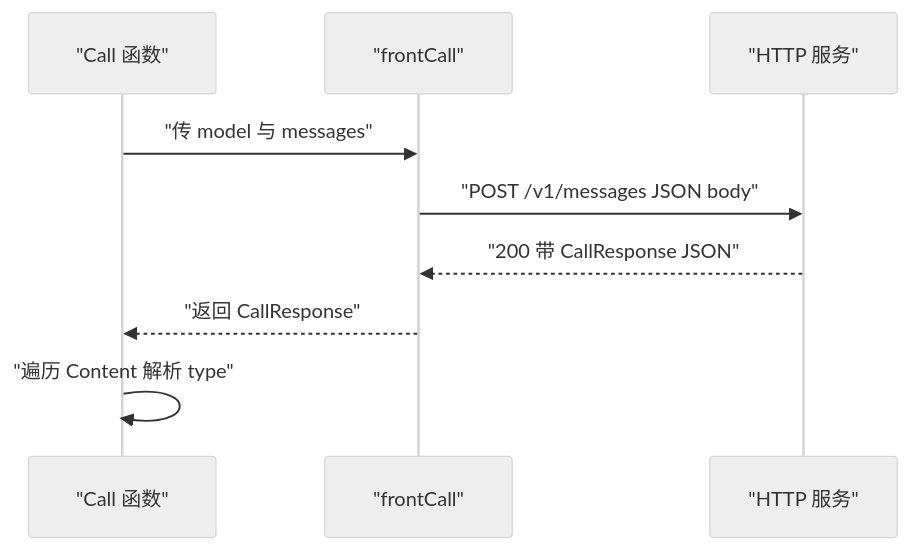
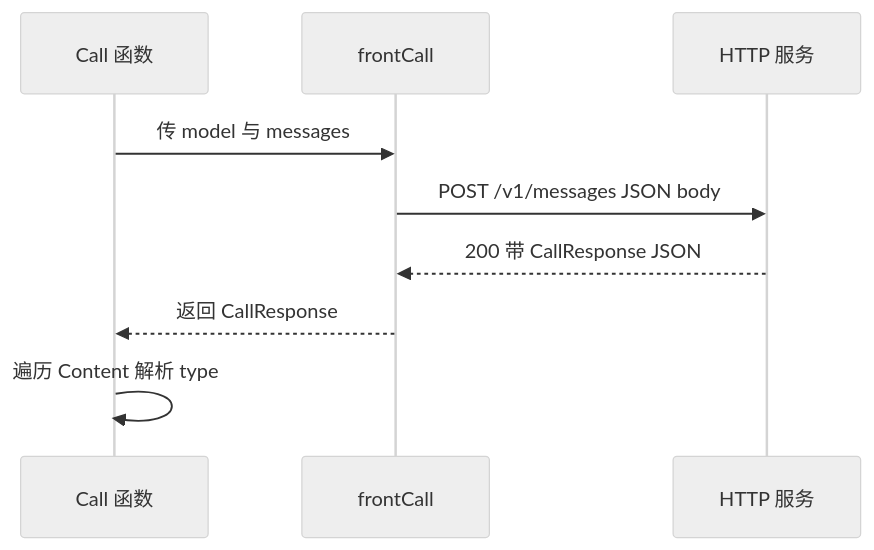
Before and after one commit to Shyu-x/frontend-interview: the fourth of 8 diagrams in docs/minicode/day1-claude-sdk-from-scratch.md, drawn with Mermaid (neutral theme). The commit also changed other lines of this file and 23 other files, not shown here.

First line of the commit message:
fix(docs): 修复 28 张无法渲染的 Mermaid 图，新增真实解析器校验与 PDF 下载页

````diff
--- a/docs/minicode/day1-claude-sdk-from-scratch.md
+++ b/docs/minicode/day1-claude-sdk-from-scratch.md
@@ -338,11 +338,11 @@
 ```mermaid
 sequenceDiagram
-  participant C as "Call 函数"
-  participant F as "frontCall"
-  participant H as "HTTP 服务"
-  C->>F: "传 model 与 messages"
-  F->>H: "POST /v1/messages JSON body"
-  H-->>F: "200 带 CallResponse JSON"
-  F-->>C: "返回 CallResponse"
-  C->>C: "遍历 Content 解析 type"
+  participant C as Call 函数
+  participant F as frontCall
+  participant H as HTTP 服务
+  C->>F: 传 model 与 messages
+  F->>H: POST /v1/messages JSON body
+  H-->>F: 200 带 CallResponse JSON
+  F-->>C: 返回 CallResponse
+  C->>C: 遍历 Content 解析 type
 ```
````
